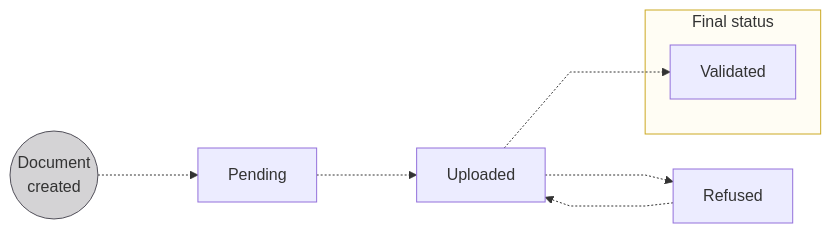
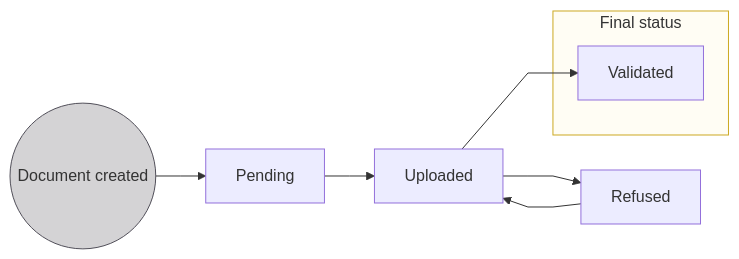
The second of 4 diagrams in docs/topics/capital-deposits/index.mdx (swan-io/docs), drawn with Mermaid before and after one commit. The commit also changed other lines of this file and 11 other files, not shown here.

````diff
--- a/docs/topics/capital-deposits/index.mdx
+++ b/docs/topics/capital-deposits/index.mdx
@@ -142,14 +165,16 @@
 ```mermaid
 %%{ init: { 'flowchart': { 'curve': 'linear' } } }%%
 flowchart LR
-    DC((Document<br/>created)) -..-> P[Pending]
-    P -..-> U[Uploaded]
-    U -..-> RF[Refused]
-    RF -..-> U
-    U -..-> V[Validated]
+    DC((Document created)) --> P[Pending]
+    P --> U[Uploaded]
+    U --> RF[Refused]
+    RF --> U
+    U --> V[Validated]
+
     subgraph F[Final status]
         V
     end
+
     style DC fill:#D4D3D5,stroke:#514F59
     style F fill:#fffdf4,stroke:#cca922
 ```
````
